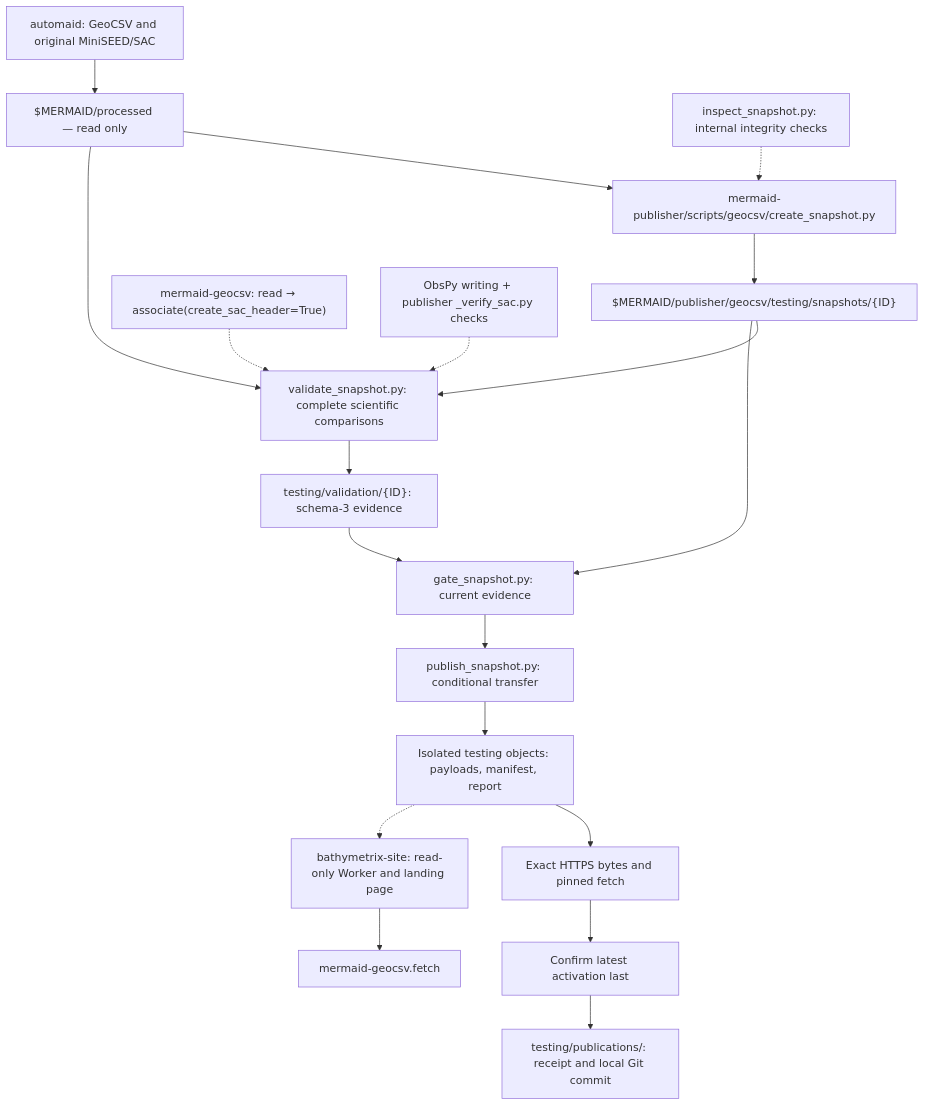
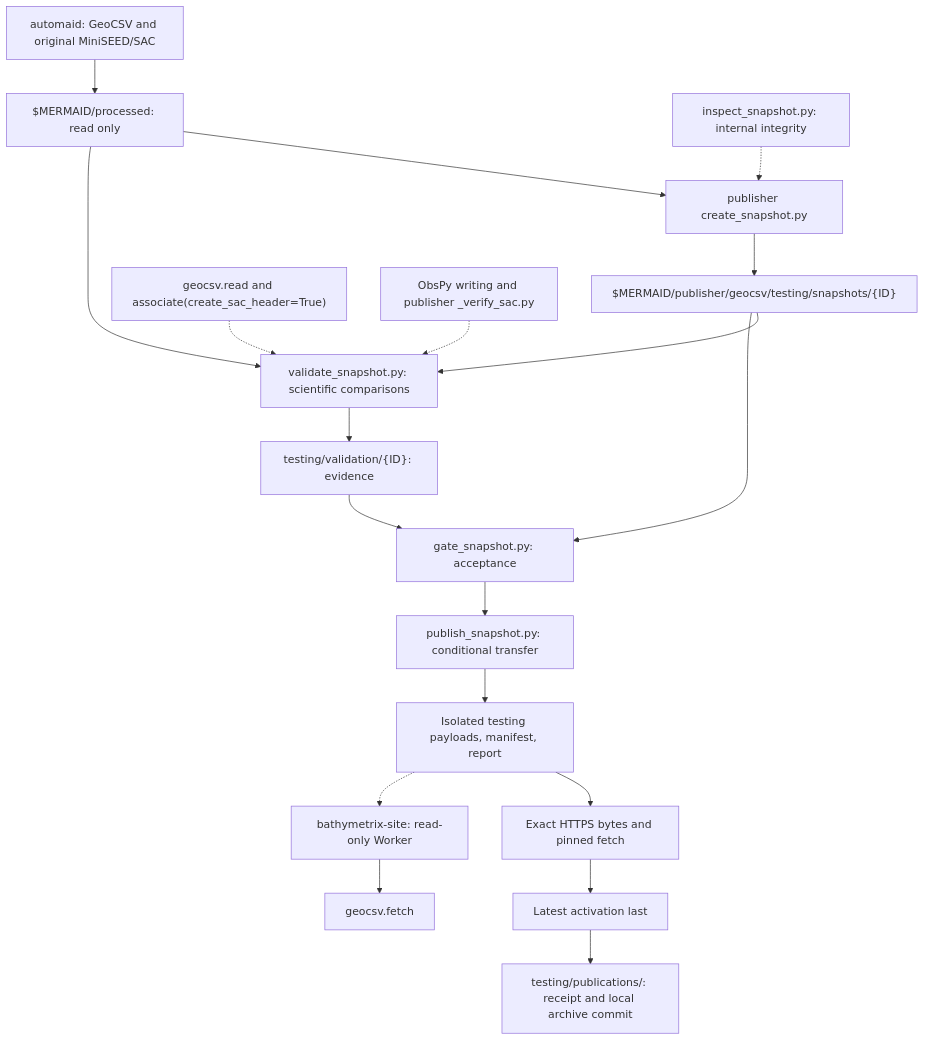
One commit to Bathymetrix/mermaid-geocsv changed the diagram in docs/HOSTING.md. Above: the diagram before and after it, drawn with Mermaid. The commit also changed other lines of this file and 57 other files, not shown here.

````diff
--- a/docs/HOSTING.md
+++ b/docs/HOSTING.md
@@ -117,21 +40,21 @@
 ```mermaid
 flowchart TB
-    upstream["automaid: GeoCSV and original MiniSEED/SAC"] --> source["$MERMAID/processed — read only"]
-    source --> create["mermaid-publisher/scripts/geocsv/create_snapshot.py"]
-    inspect["inspect_snapshot.py: internal integrity checks"] -.-> create
+    upstream["automaid: GeoCSV and original MiniSEED/SAC"] --> source["$MERMAID/processed: read only"]
+    source --> create["publisher create_snapshot.py"]
+    inspect["inspect_snapshot.py: internal integrity"] -.-> create
     create --> candidate["$MERMAID/publisher/geocsv/testing/snapshots/{ID}"]
-    candidate --> validate["validate_snapshot.py: complete scientific comparisons"]
+    candidate --> validate["validate_snapshot.py: scientific comparisons"]
     source --> validate
-    api["mermaid-geocsv: read → associate(create_sac_header=True)"] -.-> validate
-    sac["ObsPy writing + publisher _verify_sac.py checks"] -.-> validate
-    validate --> report["testing/validation/{ID}: schema-3 evidence"]
-    report --> gate["gate_snapshot.py: current evidence"]
+    api["geocsv.read and associate(create_sac_header=True)"] -.-> validate
+    sac["ObsPy writing and publisher _verify_sac.py"] -.-> validate
+    validate --> report["testing/validation/{ID}: evidence"]
+    report --> gate["gate_snapshot.py: acceptance"]
     candidate --> gate
     gate --> publish["publish_snapshot.py: conditional transfer"]
-    publish --> remote["Isolated testing objects: payloads, manifest, report"]
+    publish --> remote["Isolated testing payloads, manifest, report"]
     remote --> checks["Exact HTTPS bytes and pinned fetch"]
-    checks --> latest["Confirm latest activation last"]
-    latest --> record["testing/publications/: receipt and local Git commit"]
-    remote -.-> website["bathymetrix-site: read-only Worker and landing page"]
-    website --> fetch["mermaid-geocsv.fetch"]
+    checks --> latest["Latest activation last"]
+    latest --> record["testing/publications/: receipt and local archive commit"]
+    remote -.-> website["bathymetrix-site: read-only Worker"]
+    website --> fetch["geocsv.fetch"]
 ```
````
